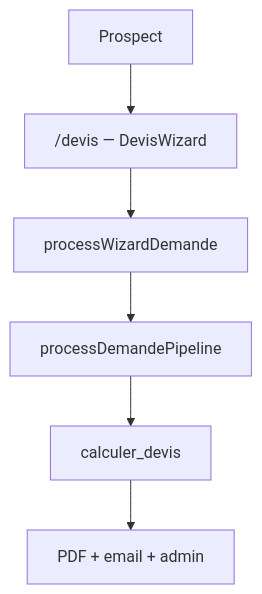
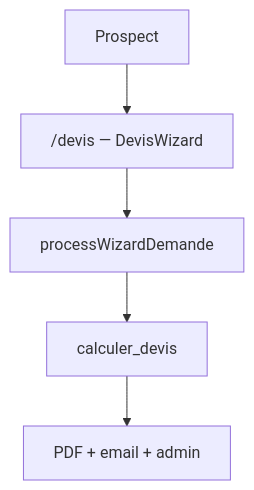
The third of 4 diagrams in neotravel-app/docs/architecture.md (RRK28/neotravel), drawn with Mermaid before and after one commit. The commit also changed other lines of this file and 7 other files, not shown here.

Commit message:
ajout mode emploi technique avec schemas

````diff
--- a/neotravel-app/docs/architecture.md
+++ b/neotravel-app/docs/architecture.md
@@ -47,8 +62,7 @@
 ```mermaid
 flowchart TB
-  Prospect["Prospect"] --> Devis["/devis — DevisWizard"]
+  Prospect --> Devis["/devis — DevisWizard"]
   Devis --> Wizard["processWizardDemande"]
-  Wizard --> Pipeline["processDemandePipeline"]
-  Pipeline --> C["calculer_devis"]
+  Wizard --> C["calculer_devis"]
   C --> G["PDF + email + admin"]
 ```
````
